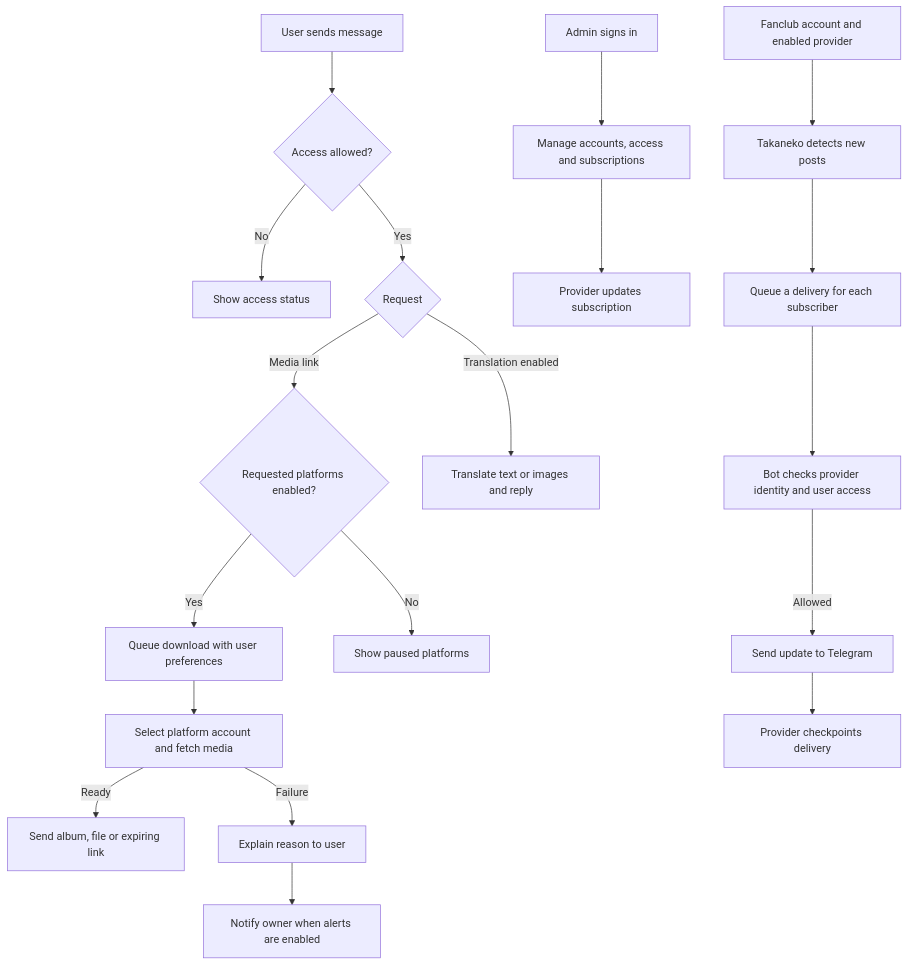
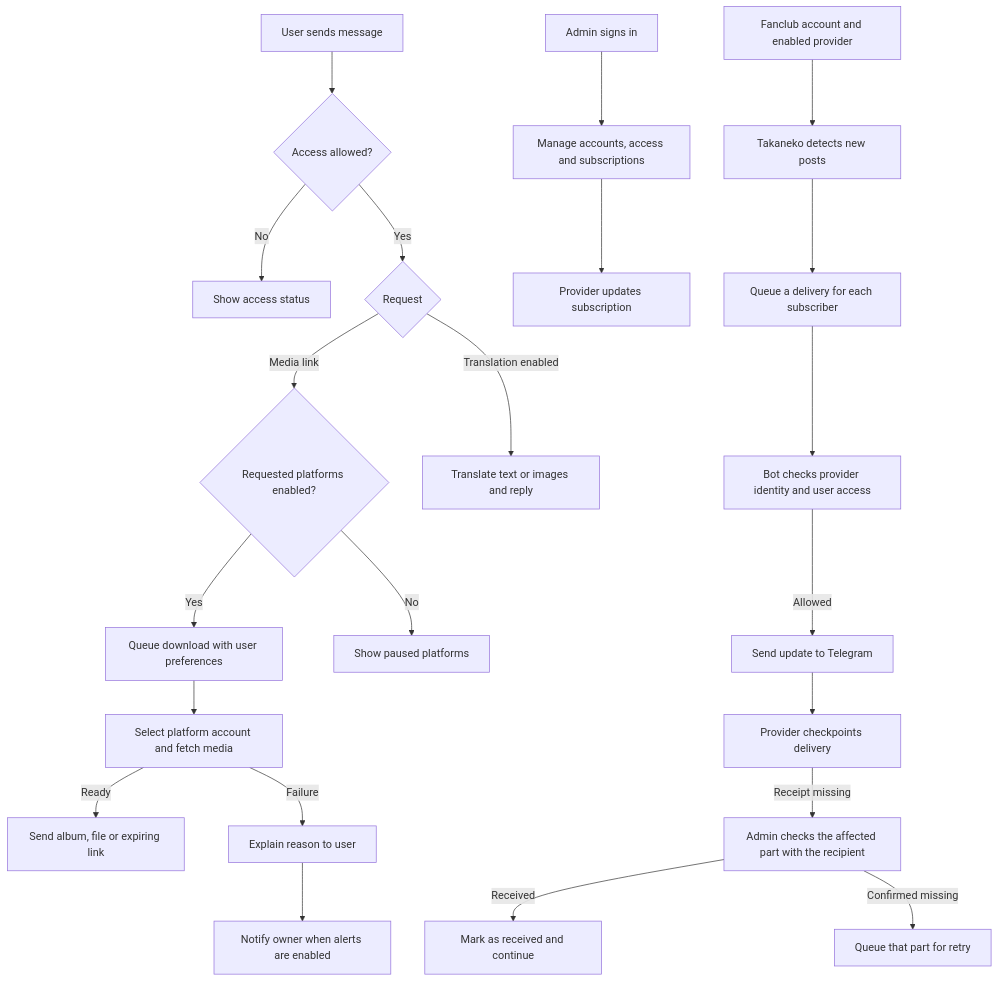
Before and after one commit to Senachi124/TelegramSocialDownloader: the diagram in README.md, drawn with Mermaid. The commit also changed other lines of this file and 18 other files, not shown here.

Commit message:
Add part-by-part Takaneko delivery review to the admin console

````diff
--- a/README.md
+++ b/README.md
@@ -32,21 +32,24 @@
 ```mermaid
 flowchart TD
     A[User sends message] --> B{Access allowed?}
     B -->|No| C[Show access status]
     B -->|Yes| D{Request}
     D -->|Media link| V{Requested platforms enabled?}
     V -->|Yes| E[Queue download with user preferences]
     V -->|No| W[Show paused platforms]
     E --> F[Select platform account and fetch media]
     F -->|Ready| G[Send album, file or expiring link]
     F -->|Failure| H[Explain reason to user]
     H --> I[Notify owner when alerts are enabled]
     D -->|Translation enabled| J[Translate text or images and reply]
     K[Admin signs in] --> L[Manage accounts, access and subscriptions]
     L --> M[Provider updates subscription]
     T[Fanclub account and enabled provider] --> N[Takaneko detects new posts]
     N --> O[Queue a delivery for each subscriber]
     O --> P[Bot checks provider identity and user access]
     P -->|Allowed| Q[Send update to Telegram]
     Q --> R[Provider checkpoints delivery]
+    R -->|Receipt missing| S[Admin checks the affected part with the recipient]
+    S -->|Received| U[Mark as received and continue]
+    S -->|Confirmed missing| V2[Queue that part for retry]
 ```
````
